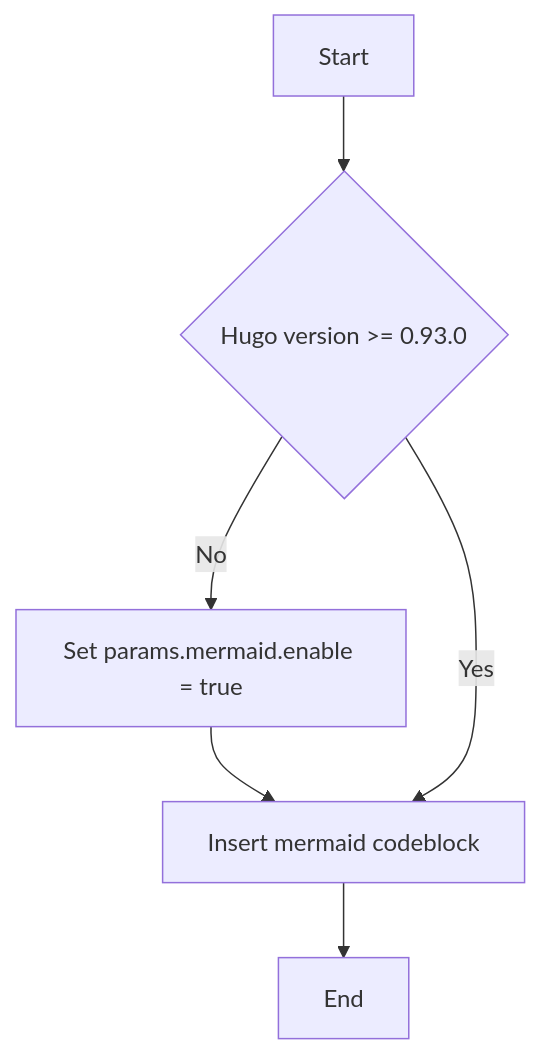
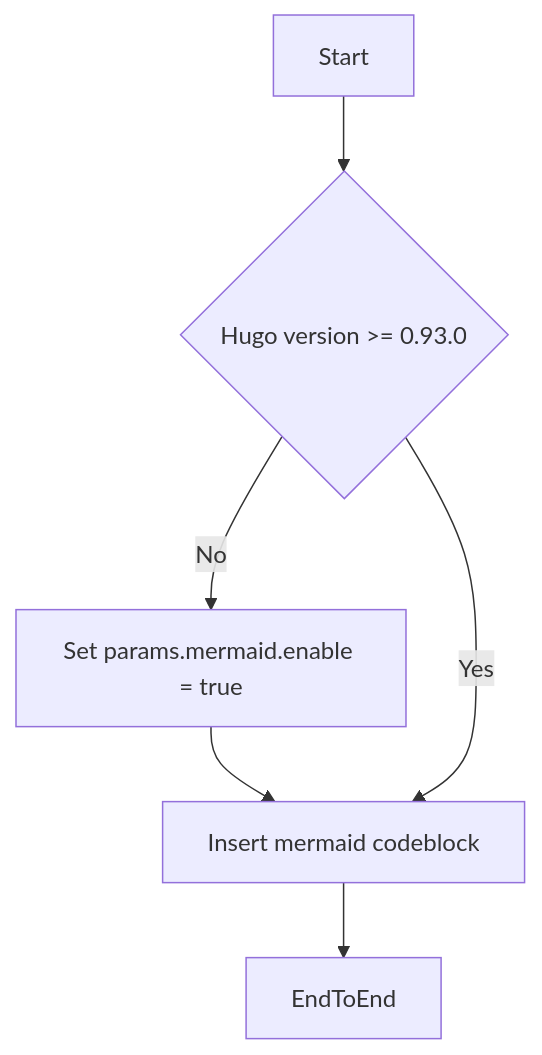
Before and after one commit to FrankJMB/goedoc: the diagram in content/en/docs/Getting started/example-page - Mermaid.md, drawn with Mermaid.

Commit message:
EndToEnd

````diff
--- a/content/en/docs/Getting started/example-page - Mermaid.md
+++ b/content/en/docs/Getting started/example-page - Mermaid.md
@@ -60,8 +60,8 @@
 ```mermaid
 graph TD
   Start --> Need{"Hugo version >= 0.93.0"}
   Need -- No --> Off["Set params.mermaid.enable = true"]
   Off --> Author
   Need -- Yes --> Author[Insert mermaid codeblock]
-  Author --> End
+  Author --> EndToEnd
 ```
````
